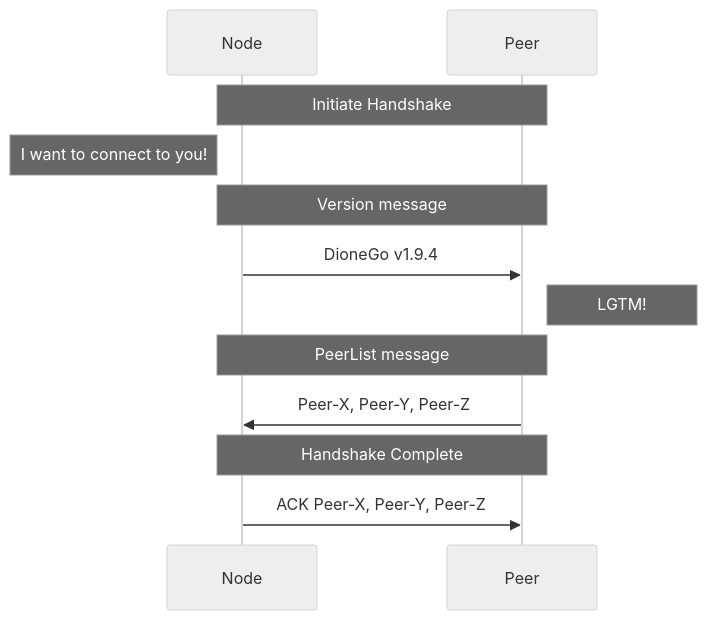
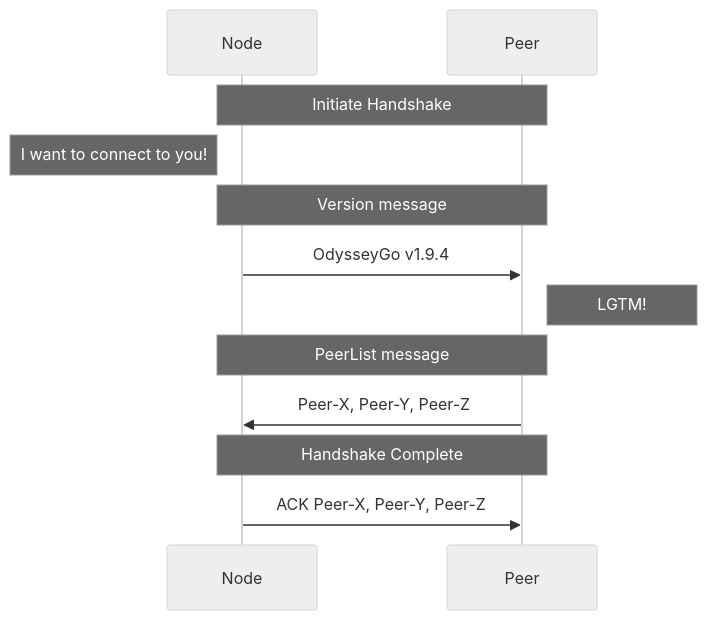
The third of 5 diagrams in network/README.md (DioneProtocol/odysseygo), drawn with Mermaid (neutral theme) before and after one commit. The commit also changed other lines of this file and 1492 other files, not shown here.

````diff
--- a/network/README.md
+++ b/network/README.md
@@ -72,12 +72,12 @@
 ```mermaid
 sequenceDiagram
 Note over Node,Peer: Initiate Handshake
 Note left of Node: I want to connect to you!
 Note over Node,Peer: Version message
-Node->>Peer: DioneGo v1.9.4
+Node->>Peer: OdysseyGo v1.9.4
 Note right of Peer: LGTM!
 Note over Node,Peer: PeerList message
 Peer->>Node: Peer-X, Peer-Y, Peer-Z
 Note over Node,Peer: Handshake Complete
 Node->>Peer: ACK Peer-X, Peer-Y, Peer-Z
 ```
````
